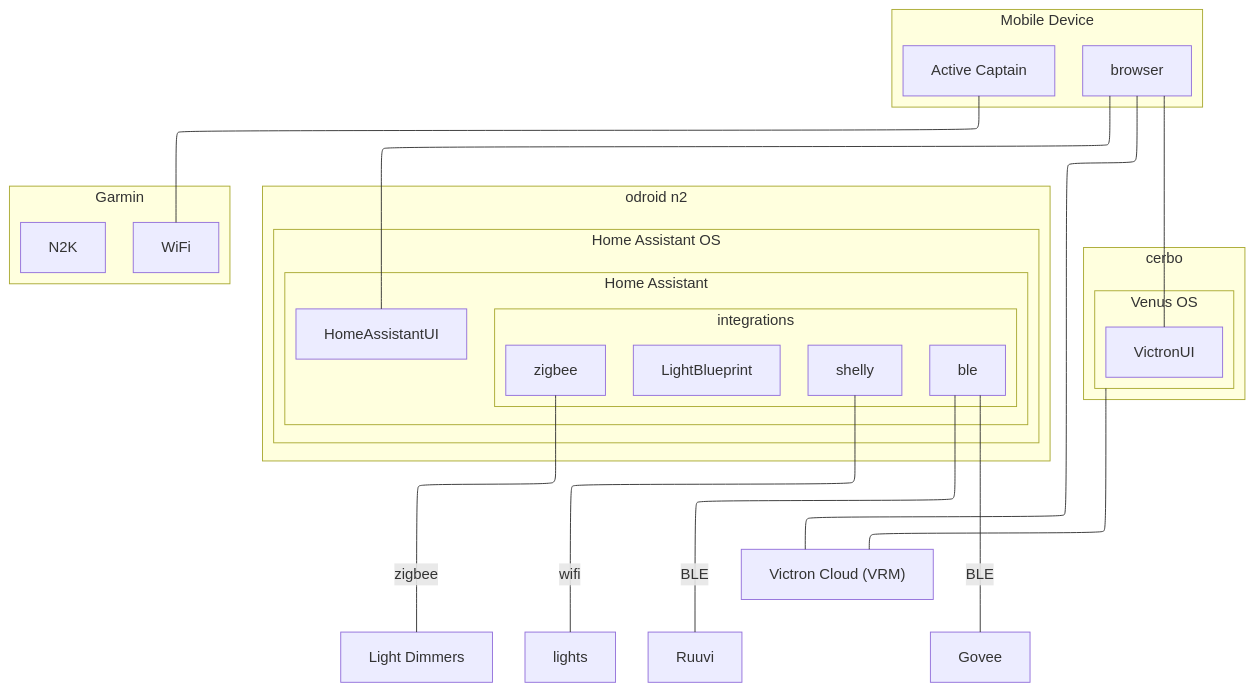
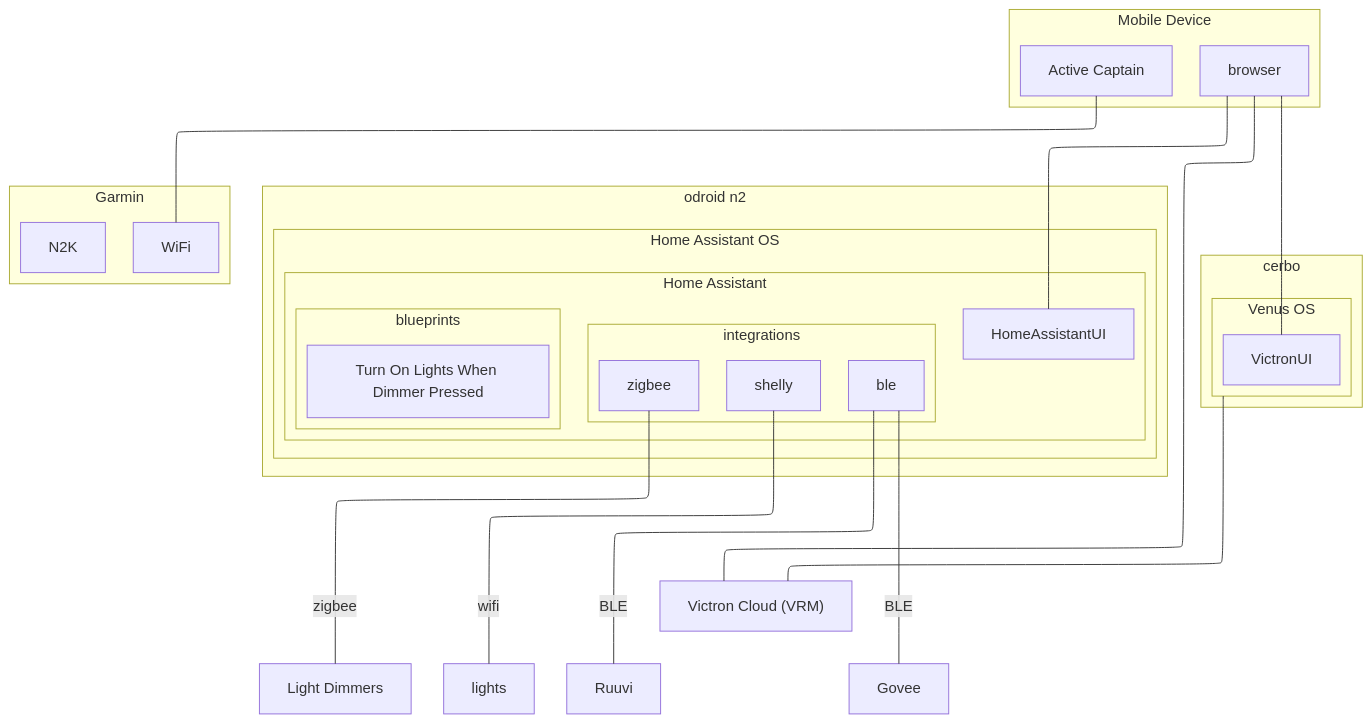
Before and after one commit to dcoon/svharmony: the second of 2 diagrams in owners_manual/Network.md, drawn with Mermaid.

Commit message:
vault backup: 2024-01-14 18:04:39

````diff
--- a/owners_manual/Network.md
+++ b/owners_manual/Network.md
@@ -49,46 +49,48 @@
 ```mermaid
 flowchart-elk
 
 subgraph cerbo
 	subgraph venus["Venus OS"]
 		vui["VictronUI"]
 	end
 end
 venus --- vrm["Victron Cloud (VRM)"]
 
 subgraph odroid["odroid n2"]
 	subgraph haos["Home Assistant OS"]
 		subgraph ha["Home Assistant"]
 			haui["HomeAssistantUI"]
 			subgraph integrations
 				shelly
 				zigbee
 				ble
-				LightBlueprint
+			end
+			subgraph blueprints
+				lightautomation["Turn On Lights When Dimmer Pressed"]
 			end
 		end
 	end
 end
 
 subgraph MFD["Garmin"]
 	N2K
 	WiFi
 end
 
 
 zigbee ---|zigbee| dimmers["Light Dimmers"]
 shelly ---|wifi| lights
 
 ble ---|BLE| Ruuvi
 ble ---|BLE| Govee
 
 subgraph mobile["Mobile Device"]
 	browser --- haui
 	browser --- vui
 
 	ac["Active Captain"] --- WiFi
 end
 
 browser --- vrm
 
 ```
````
